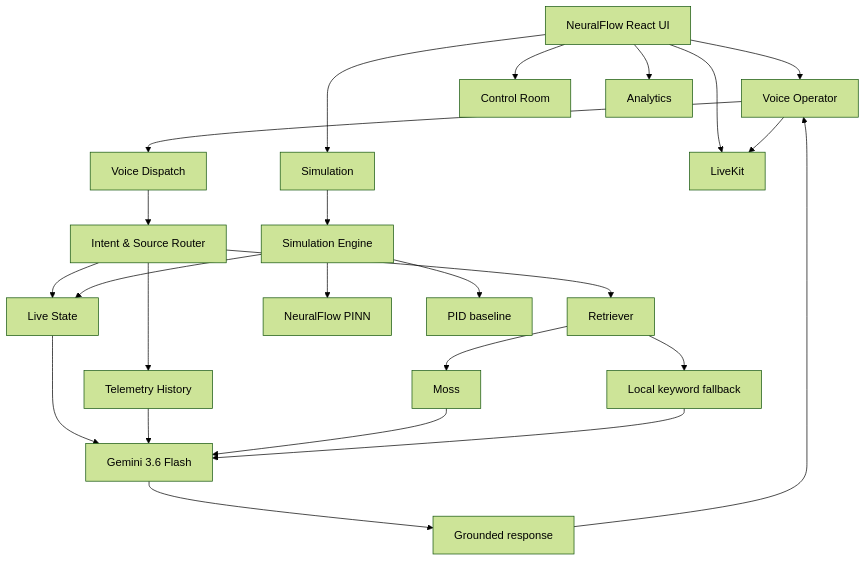
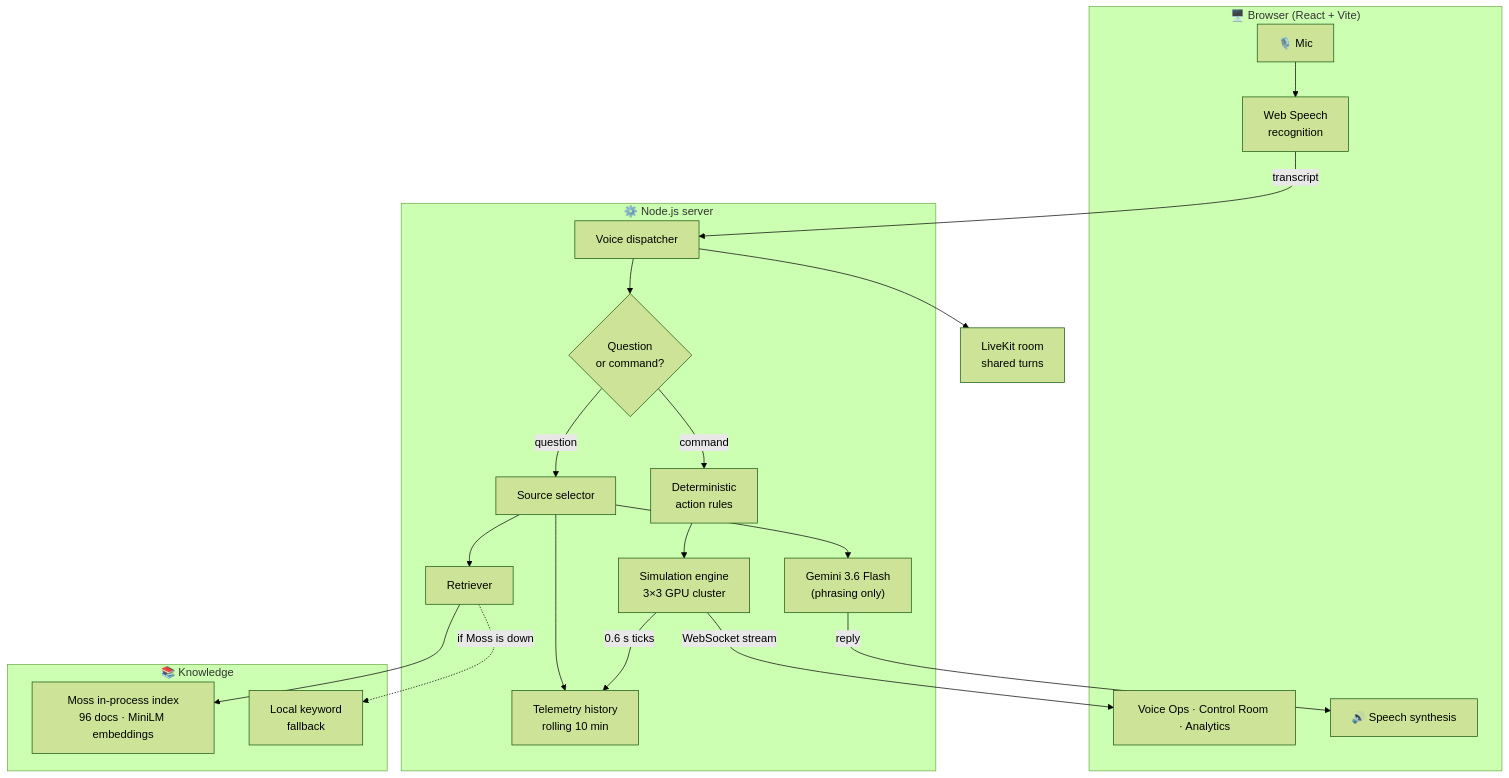
One commit to its-yashjai/thecool changed the second of 8 diagrams in thecool-main/NeuralFlow_README.md. Above: the diagram before and after it, drawn with Mermaid (forest theme). The commit also changed other lines of this file, not shown here.

First line of the commit message:
v8: rewrite README with Mermaid diagrams and current, honest numbers

````diff
--- a/thecool-main/NeuralFlow_README.md
+++ b/thecool-main/NeuralFlow_README.md
@@ -397,35 +58,39 @@
 ```mermaid
 flowchart TB
-    UI["NeuralFlow React UI"]
+    subgraph Browser["🖥️ Browser (React + Vite)"]
+        MIC["🎙️ Mic"] --> STT["Web Speech<br/>recognition"]
+        UI["Voice Ops · Control Room · Analytics"]
+        TTS["🔊 Speech synthesis"]
+    end
 
-    UI --> VO["Voice Operator"]
-    UI --> CR["Control Room"]
-    UI --> AN["Analytics"]
-    UI --> SIM["Simulation"]
+    subgraph Server["⚙️ Node.js server"]
+        DISP["Voice dispatcher"]
+        ROUTE{"Question<br/>or command?"}
+        RULES["Deterministic<br/>action rules"]
+        SRC["Source selector"]
+        ENG["Simulation engine<br/>3×3 GPU cluster"]
+        HIST["Telemetry history<br/>rolling 10 min"]
+        RET["Retriever"]
+        LLM["Gemini 3.6 Flash<br/>(phrasing only)"]
+    end
 
-    VO --> VAPI["Voice Dispatch"]
-    VAPI --> IR["Intent & Source Router"]
+    subgraph Knowledge["📚 Knowledge"]
+        MOSS["Moss in-process index<br/>96 docs · MiniLM embeddings"]
+        LOCAL["Local keyword<br/>fallback"]
+    end
 
-    IR --> TEL["Live State"]
-    IR --> HIST["Telemetry History"]
-    IR --> RET["Retriever"]
+    LK["LiveKit room<br/>shared turns"]
 
-    RET --> MOSS["Moss"]
-    RET --> LOCAL["Local keyword fallback"]
-
-    TEL --> LLM["Gemini 3.6 Flash"]
-    HIST --> LLM
-    MOSS --> LLM
-    LOCAL --> LLM
-
-    LLM --> RESP["Grounded response"]
-    RESP --> VO
-
-    SIM --> ENG["Simulation Engine"]
-    ENG --> PINN["NeuralFlow PINN"]
-    ENG --> PID["PID baseline"]
-    ENG --> TEL
-
-    UI --> LK["LiveKit"]
-    VO --> LK
+    STT -->|transcript| DISP --> ROUTE
+    ROUTE -->|"command"| RULES --> ENG
+    ROUTE -->|"question"| SRC
+    SRC --> HIST
+    SRC --> RET
+    RET --> MOSS
+    RET -.->|"if Moss is down"| LOCAL
+    ENG -->|"0.6 s ticks"| HIST
+    SRC --> LLM
+    LLM -->|reply| TTS
+    ENG -->|"WebSocket stream"| UI
+    DISP --> LK
 ```
````
